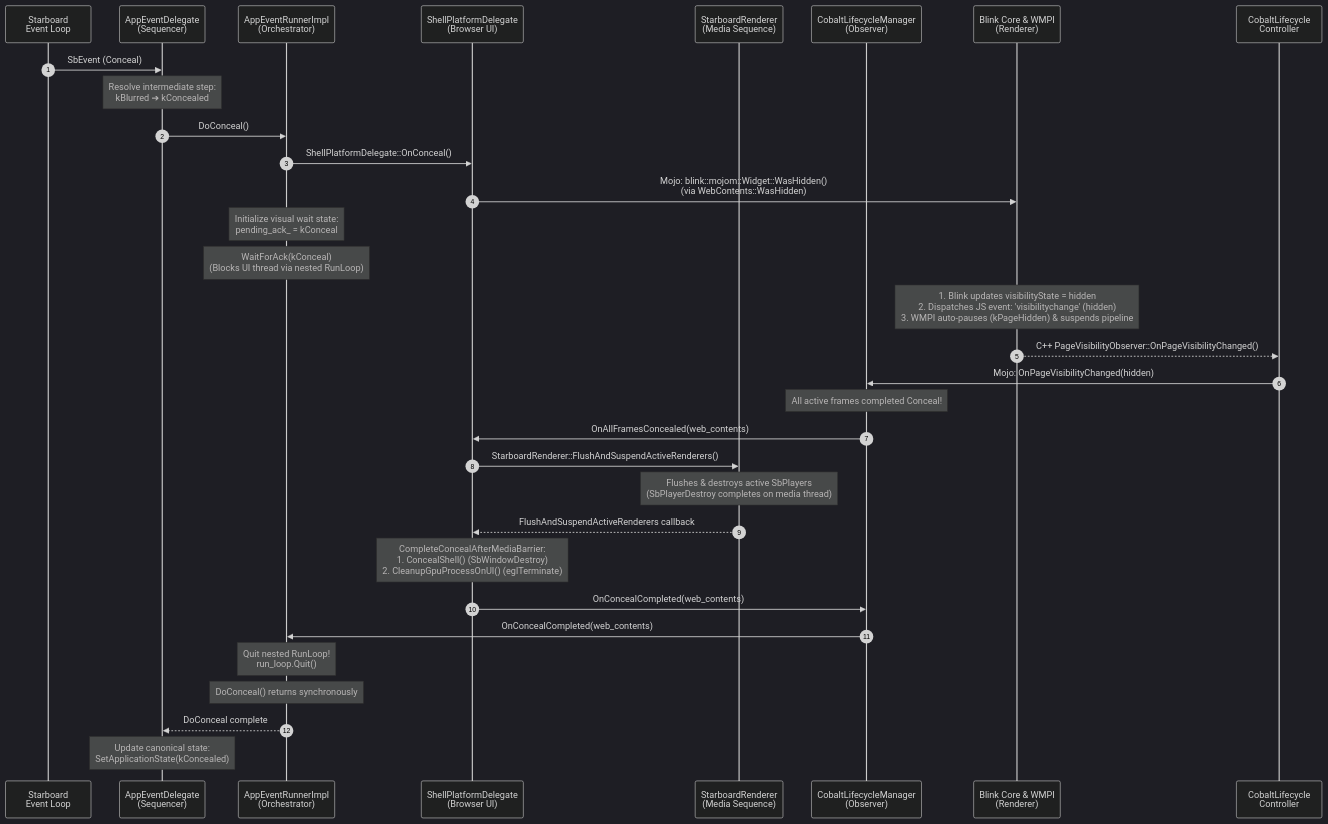
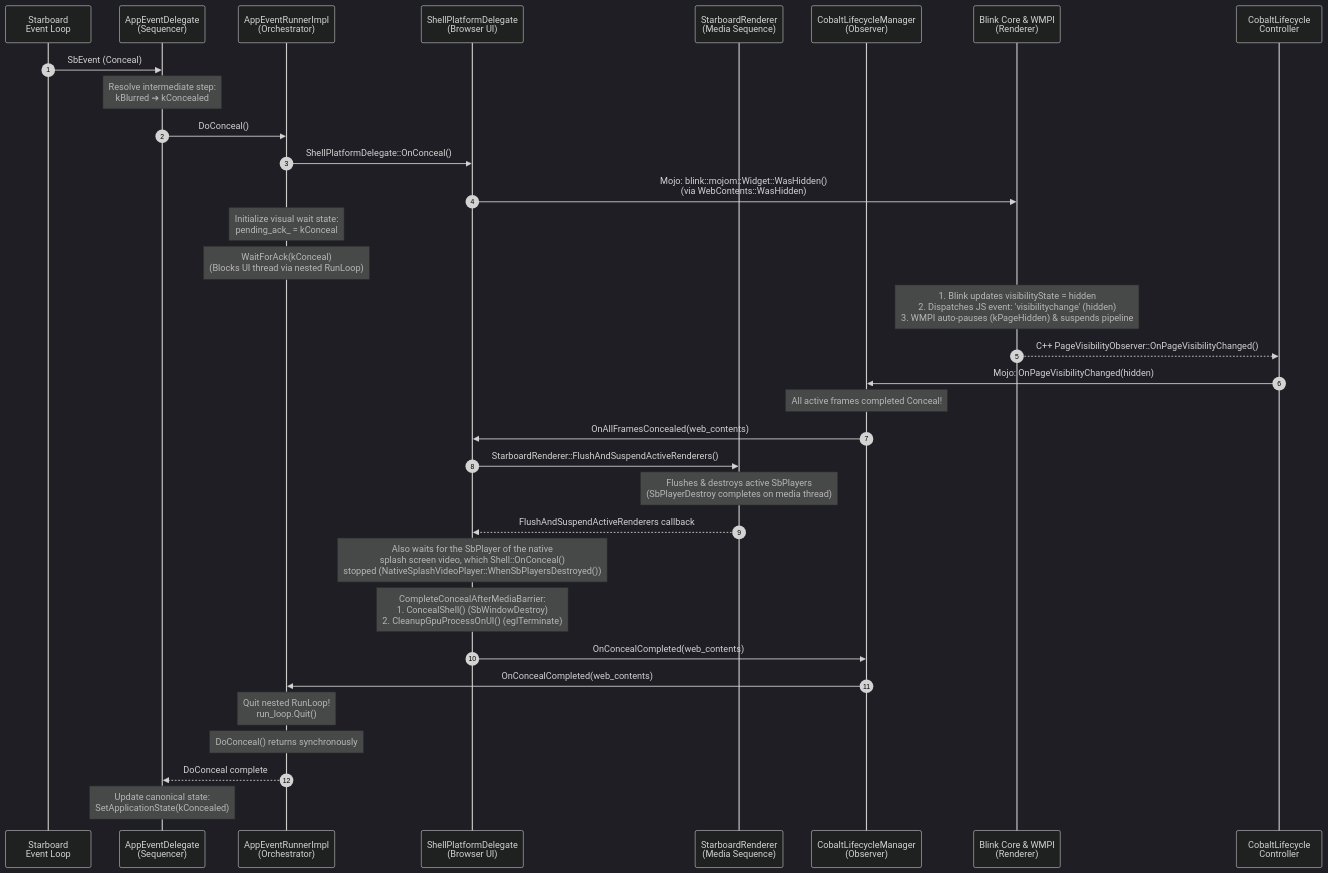
The third of 14 diagrams in cobalt/doc/lifecycle_internals.md (youtube/cobalt), drawn with Mermaid (dark theme) before and after one commit. The commit also changed other lines of this file and 1 other file, not shown here.

First line of the commit message:
cobalt: Stop choosing the native splash video once it's destroyed

````diff
--- a/cobalt/doc/lifecycle_internals.md
+++ b/cobalt/doc/lifecycle_internals.md
@@ -153,36 +153,37 @@
 ```mermaid
 sequenceDiagram
   autonumber
   participant OS as Starboard <br/> Event Loop
   participant Delegate as AppEventDelegate <br/> (Sequencer)
   participant Runner as AppEventRunnerImpl <br/> (Orchestrator)
   participant Shell as ShellPlatformDelegate <br/> (Browser UI)
   participant Media as StarboardRenderer <br/> (Media Sequence)
   participant Manager as CobaltLifecycleManager <br/> (Observer)
   participant Blink as Blink Core & WMPI <br/> (Renderer)
   participant Controller as CobaltLifecycle <br/> Controller
 
   OS->>Delegate: SbEvent (Conceal)
   Note over Delegate: Resolve intermediate step:<br/>kBlurred ➔ kConcealed
   Delegate->>Runner: DoConceal()
   Runner->>Shell: ShellPlatformDelegate::OnConceal()
   Shell->>Blink: Mojo: blink::mojom::Widget::WasHidden() <br/> (via WebContents::WasHidden)
   Note over Runner: Initialize visual wait state:<br/>pending_ack_ = kConceal
   Note over Runner: WaitForAck(kConceal)<br/>(Blocks UI thread via nested RunLoop)
 
   Note over Blink: 1. Blink updates visibilityState = hidden<br/>2. Dispatches JS event: 'visibilitychange' (hidden)<br/>3. WMPI auto-pauses (kPageHidden) & suspends pipeline
   Blink-->>Controller: C++ PageVisibilityObserver::OnPageVisibilityChanged()
   Controller->>Manager: Mojo: OnPageVisibilityChanged(hidden)
   Note over Manager: All active frames completed Conceal!
   Manager->>Shell: OnAllFramesConcealed(web_contents)
   Shell->>Media: StarboardRenderer::FlushAndSuspendActiveRenderers()
   Note over Media: Flushes & destroys active SbPlayers<br/>(SbPlayerDestroy completes on media thread)
   Media-->>Shell: FlushAndSuspendActiveRenderers callback
+  Note over Shell: Also waits for the SbPlayer of the native<br/>splash screen video, which Shell::OnConceal()<br/>stopped (NativeSplashVideoPlayer::WhenSbPlayersDestroyed())
   Note over Shell: CompleteConcealAfterMediaBarrier:<br/>1. ConcealShell() (SbWindowDestroy)<br/>2. CleanupGpuProcessOnUI() (eglTerminate)
   Shell->>Manager: OnConcealCompleted(web_contents)
   Manager->>Runner: OnConcealCompleted(web_contents)
   Note over Runner: Quit nested RunLoop!<br/>run_loop.Quit()
   Note over Runner: DoConceal() returns synchronously
   Runner-->>Delegate: DoConceal complete
   Note over Delegate: Update canonical state:<br/>SetApplicationState(kConcealed)
 ```
````
